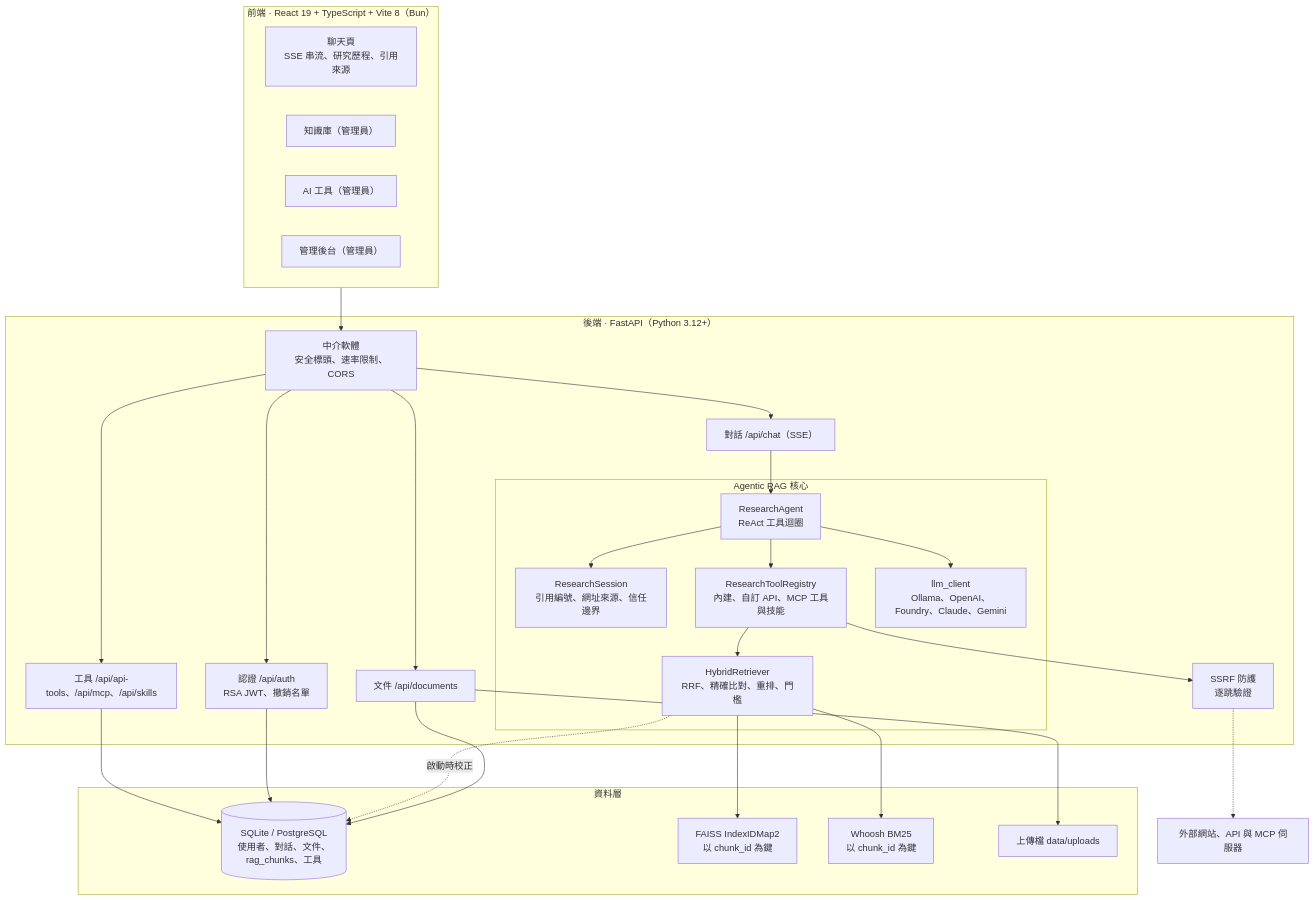
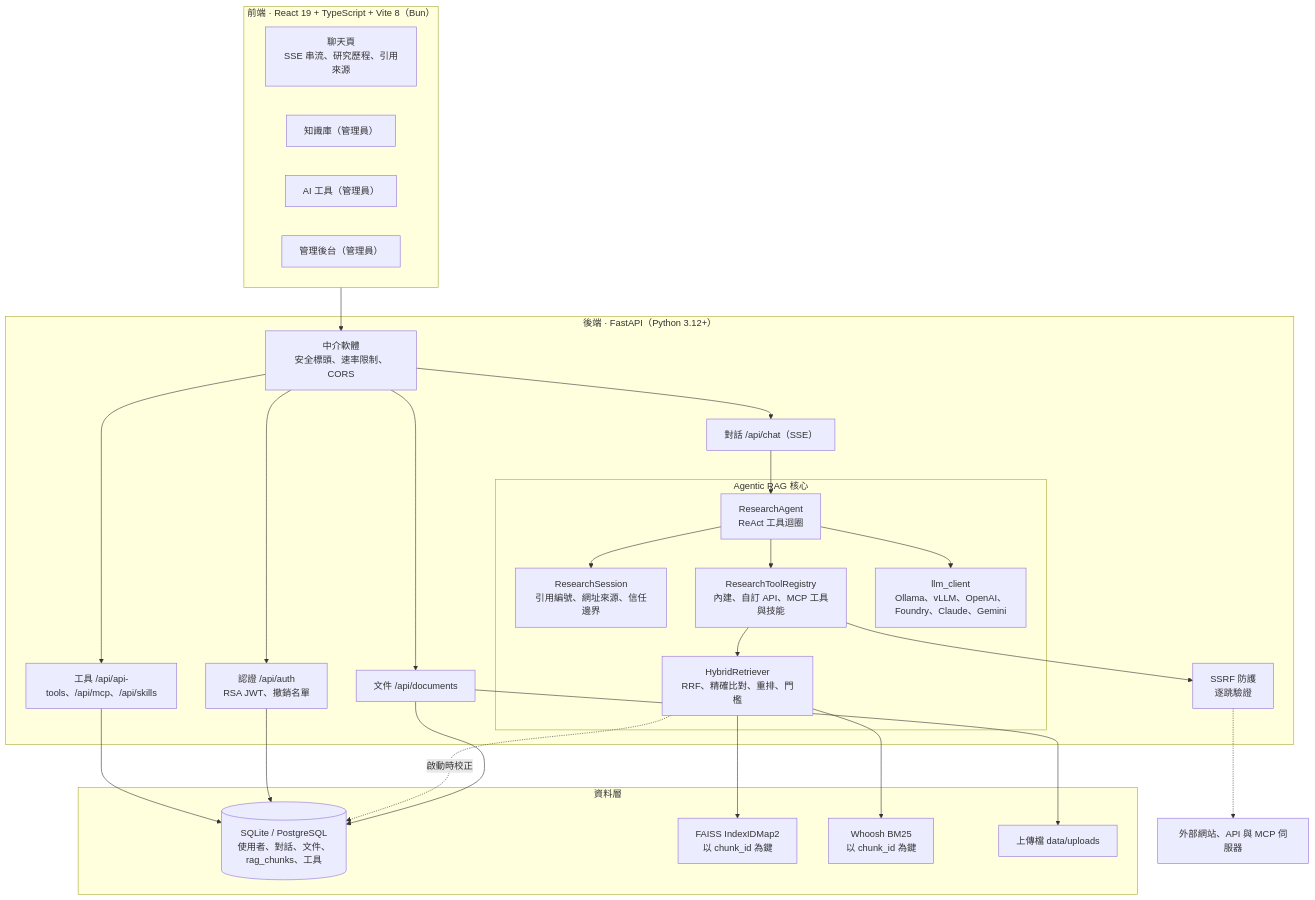
Before and after one commit to Scorpio-meow/AskMiao: the second of 3 diagrams in README.md, drawn with Mermaid. The commit also changed other lines of this file and 53 other files, not shown here.

````diff
--- a/README.md
+++ b/README.md
@@ -256,50 +256,50 @@
 ```mermaid
 flowchart TB
     subgraph Client ["前端 · React 19 + TypeScript + Vite 8（Bun）"]
         ChatUI["聊天頁<br/>SSE 串流、研究歷程、引用來源"]
         DocsUI["知識庫（管理員）"]
         ToolsUI["AI 工具（管理員）"]
         AdminUI["管理後台（管理員）"]
     end
 
     subgraph Backend ["後端 · FastAPI（Python 3.12+）"]
         MW["中介軟體<br/>安全標頭、速率限制、CORS"]
         Auth["認證 /api/auth<br/>RSA JWT、撤銷名單"]
         ChatAPI["對話 /api/chat（SSE）"]
         DocAPI["文件 /api/documents"]
         ToolAPI["工具 /api/api-tools、/api/mcp、/api/skills"]
 
         subgraph Core ["Agentic RAG 核心"]
             Agent["ResearchAgent<br/>ReAct 工具迴圈"]
             Session["ResearchSession<br/>引用編號、網址來源、信任邊界"]
             Registry["ResearchToolRegistry<br/>內建、自訂 API、MCP 工具與技能"]
             Retriever["HybridRetriever<br/>RRF、精確比對、重排、門檻"]
-            LLM["llm_client<br/>Ollama、OpenAI、Foundry、Claude、Gemini"]
+            LLM["llm_client<br/>Ollama、vLLM、OpenAI、Foundry、Claude、Gemini"]
         end
 
         SSRF["SSRF 防護<br/>逐跳驗證"]
     end
 
     subgraph Storage ["資料層"]
         DB[("SQLite / PostgreSQL<br/>使用者、對話、文件、rag_chunks、工具")]
         FAISS["FAISS IndexIDMap2<br/>以 chunk_id 為鍵"]
         BM25["Whoosh BM25<br/>以 chunk_id 為鍵"]
         Files["上傳檔 data/uploads"]
     end
 
     Client --> MW
     MW --> Auth & ChatAPI & DocAPI & ToolAPI
     ChatAPI --> Agent
     Agent --> Session
     Agent --> Registry
     Agent --> LLM
     Registry --> Retriever
     Registry --> SSRF
     SSRF -.-> Ext["外部網站、API 與 MCP 伺服器"]
     Retriever --> FAISS & BM25
     DocAPI --> Files
     DocAPI --> DB
     Retriever -.->|啟動時校正| DB
     Auth --> DB
     ToolAPI --> DB
 ```
````
